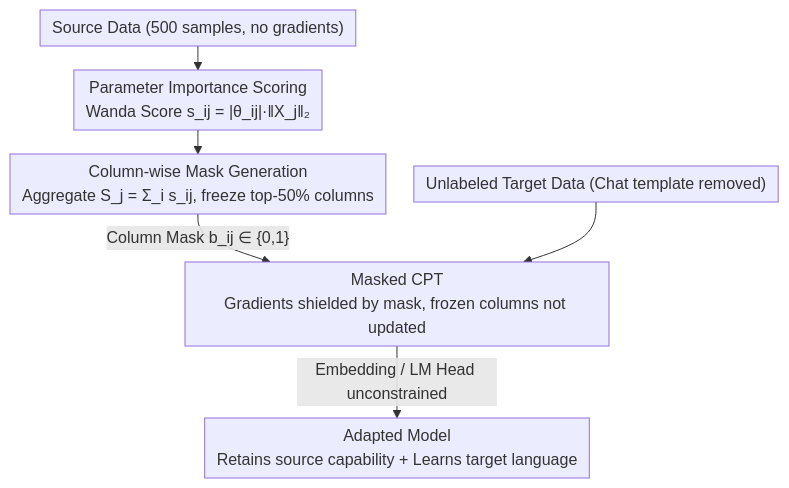
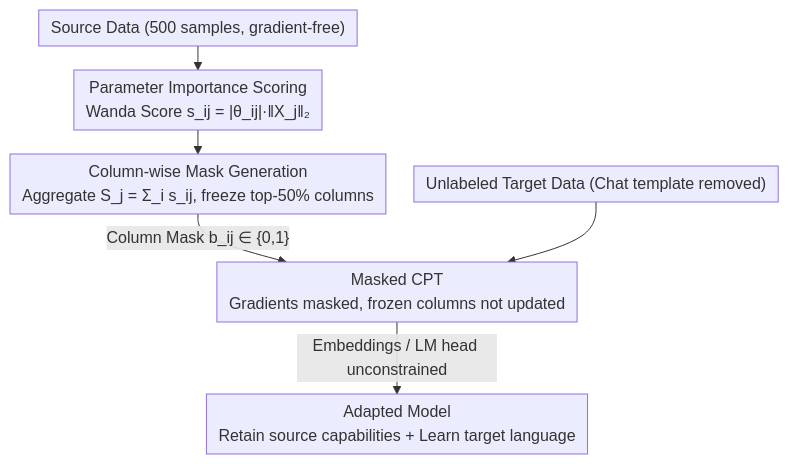
Before and after one commit to zhaoyang97/Paper-Notes-en: the diagram in docs/ACL2026/multilingual_mt/mitigating_catastrophic_forgetting_in_target_language_adaptation_of_llms_via_sou.md, drawn with Mermaid. The commit also changed other lines of this file and 5084 other files, not shown here.

````diff
--- a/docs/ACL2026/multilingual_mt/mitigating_catastrophic_forgetting_in_target_language_adaptation_of_llms_via_sou.md
+++ b/docs/ACL2026/multilingual_mt/mitigating_catastrophic_forgetting_in_target_language_adaptation_of_llms_via_sou.md
@@ -42,9 +42,9 @@
 ```mermaid
 %%{init: {'flowchart': {'rankSpacing': 24, 'nodeSpacing': 28, 'padding': 6, 'wrappingWidth': 400}}}%%
 flowchart TD
-    A["Source Data (500 samples, no gradients)"] --> B["Parameter Importance Scoring<br/>Wanda Score s_ij = |θ_ij|·‖X_j‖₂"]
+    A["Source Data (500 samples, gradient-free)"] --> B["Parameter Importance Scoring<br/>Wanda Score s_ij = |θ_ij|·‖X_j‖₂"]
     B --> C["Column-wise Mask Generation<br/>Aggregate S_j = Σ_i s_ij, freeze top-50% columns"]
-    C -->|"Column Mask b_ij ∈ {0,1}"| D["Masked CPT<br/>Gradients shielded by mask, frozen columns not updated"]
+    C -->|"Column Mask b_ij ∈ {0,1}"| D["Masked CPT<br/>Gradients masked, frozen columns not updated"]
     E["Unlabeled Target Data (Chat template removed)"] --> D
-    D -->|"Embedding / LM Head unconstrained"| F["Adapted Model<br/>Retains source capability + Learns target language"]
+    D -->|"Embeddings / LM head unconstrained"| F["Adapted Model<br/>Retain source capabilities + Learn target language"]
 ```
````
